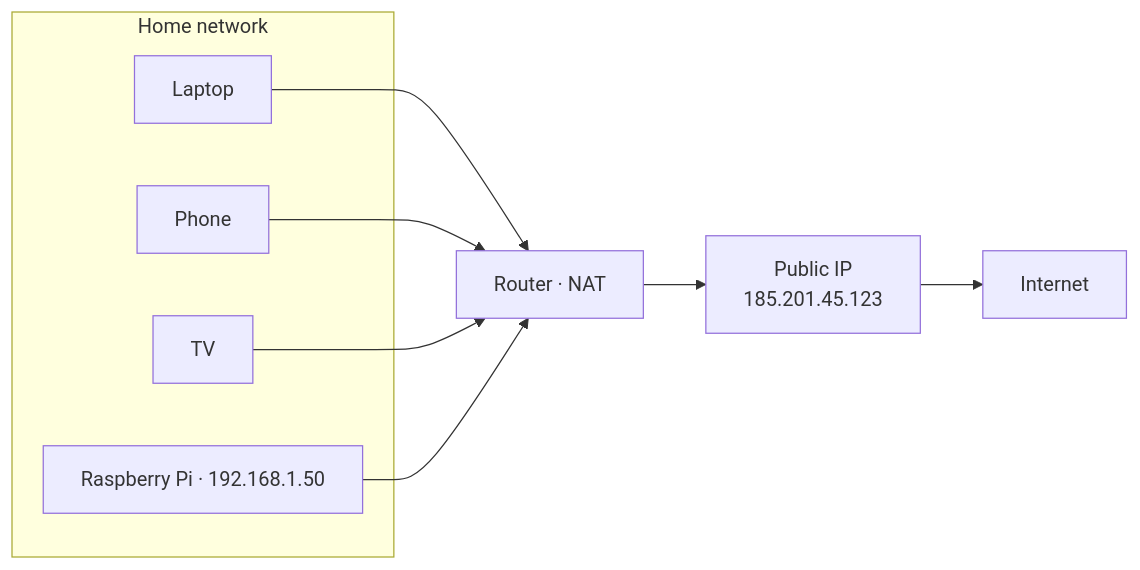
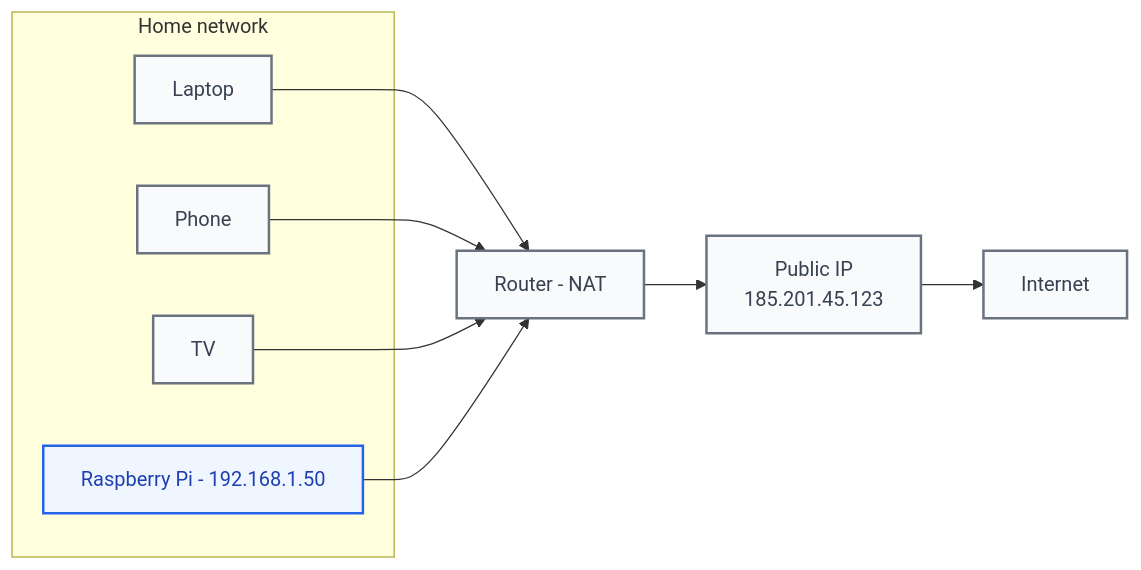
The diagram in docs/diagrams/source/dgm-05-network-nat.mmd (kiavash599/conduit-control-center), drawn with Mermaid before and after one commit. The commit also changed other lines of this file and 36 other files, not shown here.

Commit message:
docs: add networking chapter diagrams

```diff
--- a/docs/diagrams/source/dgm-05-network-nat.mmd
+++ b/docs/diagrams/source/dgm-05-network-nat.mmd
@@ -1,13 +1,21 @@
-%% DGM-05 network-nat — many private devices share one public IP through NAT on the router
+%% DGM-05 network-nat - many private devices share one public IP through NAT on the router
 flowchart LR
   subgraph LAN[Home network]
     L[Laptop]
     P[Phone]
     T[TV]
-    Pi[Raspberry Pi&nbsp;·&nbsp;192.168.1.50]
+    Pi[Raspberry Pi - 192.168.1.50]
   end
   L --> R
   P --> R
   T --> R
   Pi --> R
-  R[Router · NAT] --> PUB[Public IP<br/>185.201.45.123] --> I[Internet]
+  R[Router - NAT] --> PUB[Public IP<br/>185.201.45.123] --> I[Internet]
+
+  classDef primary fill:#EFF6FF,stroke:#2563EB,color:#1E40AF,stroke-width:2px;
+  classDef neutral fill:#F9FAFB,stroke:#6B7280,color:#374151,stroke-width:2px;
+  classDef success fill:#F0FDF4,stroke:#16A34A,color:#166534,stroke-width:2px;
+  classDef warning fill:#FFFBEB,stroke:#D97706,color:#92400E,stroke-width:2px;
+  classDef danger  fill:#FEF2F2,stroke:#DC2626,color:#991B1B,stroke-width:2px;
+  class Pi primary;
+  class L,P,T,R,PUB,I neutral;
```
